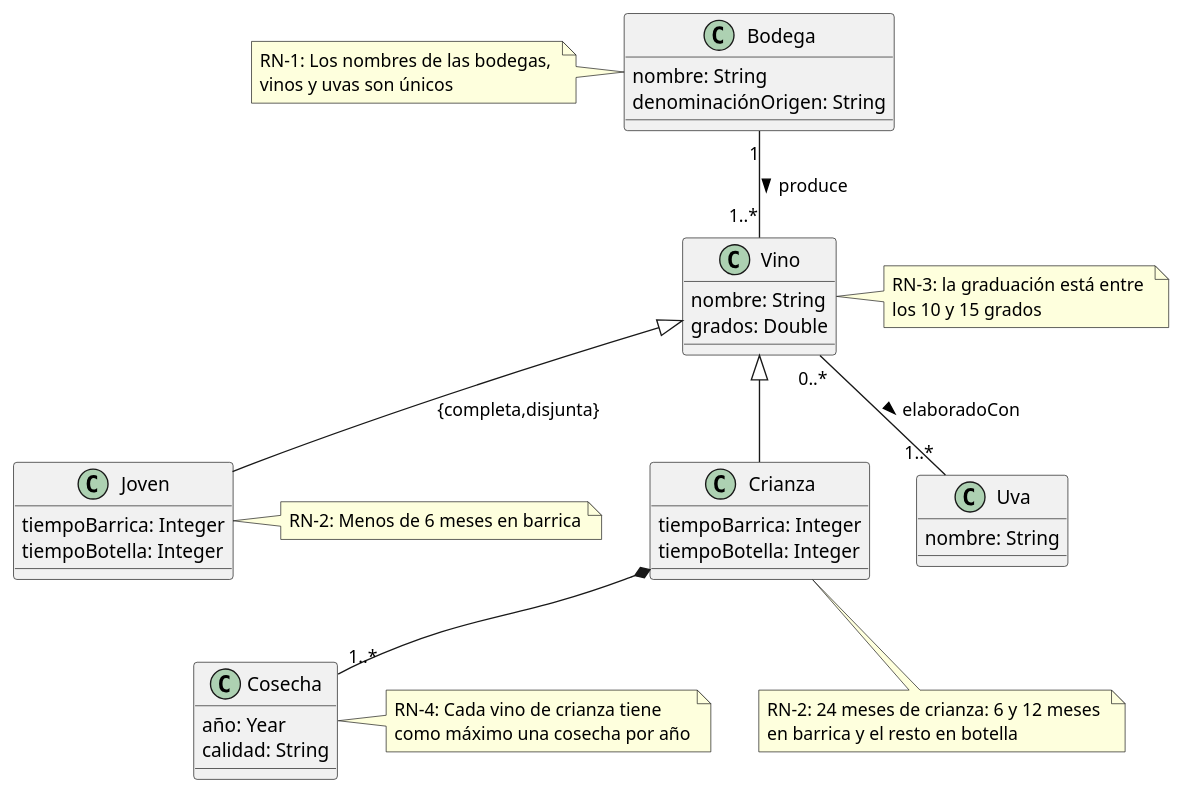
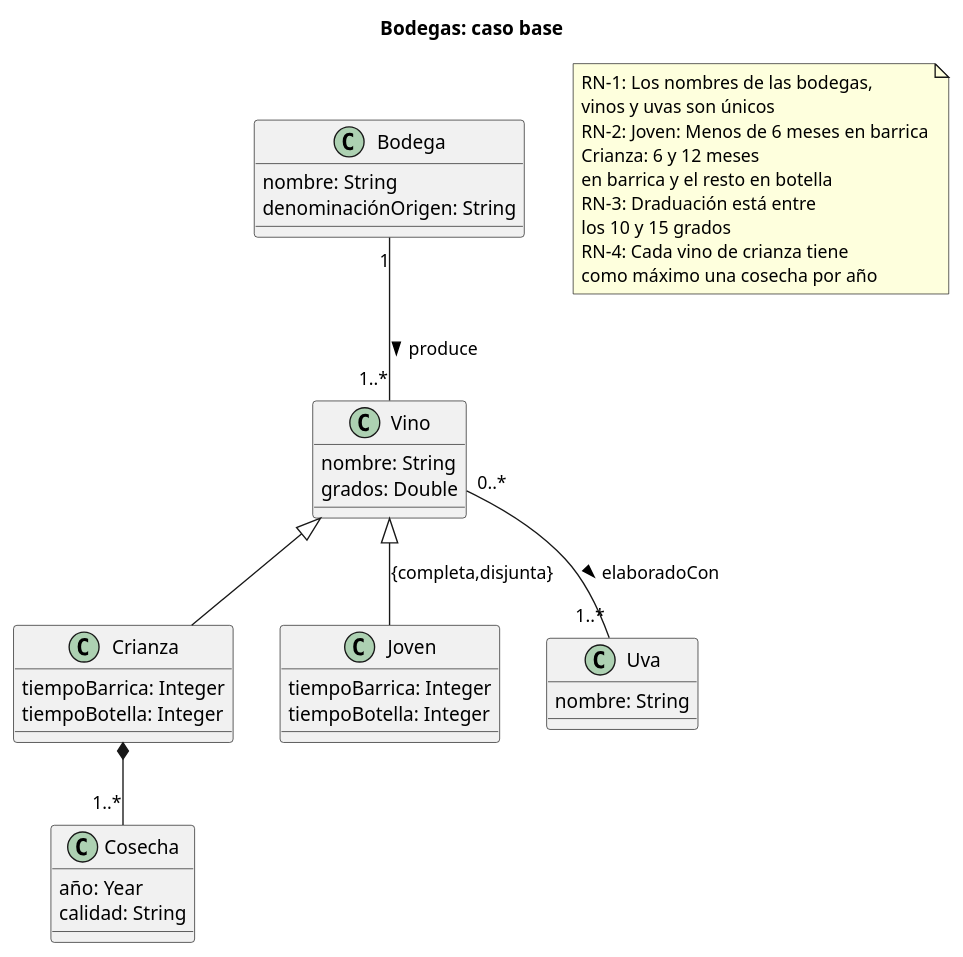
One commit to IISSI-US/silence-db changed the first of 2 diagrams in _sql/Bodegas/diagrams.puml. Above: the diagram before and after it, drawn with PlantUML. The commit also changed other lines of this file and 16 other files, not shown here.

```diff
--- a/_sql/Bodegas/diagrams.puml
+++ b/_sql/Bodegas/diagrams.puml
@@ -1,57 +1,51 @@
-@startuml bodegas-dc
-class Bodega{
-    nombre: String
-    denominaciónOrigen: String
-}
+@startuml bodegas-dc-base
+    title "Bodegas: caso base"
+    class Bodega{
+        nombre: String
+        denominaciónOrigen: String
+    }
 
-class Vino{
-    nombre: String
-    grados: Double
-}
+    class Vino{
+        nombre: String
+        grados: Double
+    }
 
 
-class Crianza{
-    tiempoBarrica: Integer
-    tiempoBotella: Integer
-}
-class Joven{
-    tiempoBarrica: Integer
-    tiempoBotella: Integer 
-}
-class Uva{
-    nombre: String
-}
-class Cosecha{
-    año: Year
-    calidad: String 
-}
+    class Crianza{
+        tiempoBarrica: Integer
+        tiempoBotella: Integer
+    }
 
-    
-    Bodega "1" -- "1..*" Vino : produce >
-    Vino <|--  Joven: "{completa,disjunta}"
-    Vino <|-- Crianza
-    Crianza *-- "1..*" Cosecha
-    Vino "0..*" -- "1..*" Uva : elaboradoCon >
+    class Joven{
+        tiempoBarrica: Integer
+        tiempoBotella: Integer 
+    }
+    class Uva{
+        nombre: String
+    }
+    class Cosecha{
+        año: Year
+        calidad: String 
+    }
 
-      
-'Agregamos notas al modelo
-    Note left of Bodega
+        
+        Bodega "1" -- "1..*" Vino : produce >
+        Vino <|--  Joven: "{completa,disjunta}"
+        Vino <|-- Crianza
+        Crianza *-- "1..*" Cosecha
+        Vino "0..*" -- "1..*" Uva : elaboradoCon >
+
+        
+    'Agregamos notas al modelo
+    Note as rn
         RN-1: Los nombres de las bodegas, 
         vinos y uvas son únicos
-    End Note
-    Note bottom of Crianza
-        RN-2: 24 meses de crianza: 6 y 12 meses 
+        RN-2: Joven: Menos de 6 meses en barrica
+        Crianza: 6 y 12 meses 
         en barrica y el resto en botella
-    End Note
-    Note right of Vino
-        RN-3: la graduación está entre 
+        RN-3: Draduación está entre 
         los 10 y 15 grados
-    End Note
-    Note right of Cosecha 
         RN-4: Cada vino de crianza tiene
         como máximo una cosecha por año
     End Note
-    Note right of Joven
-        RN-2: Menos de 6 meses en barrica
-    End Note
 @enduml
```
